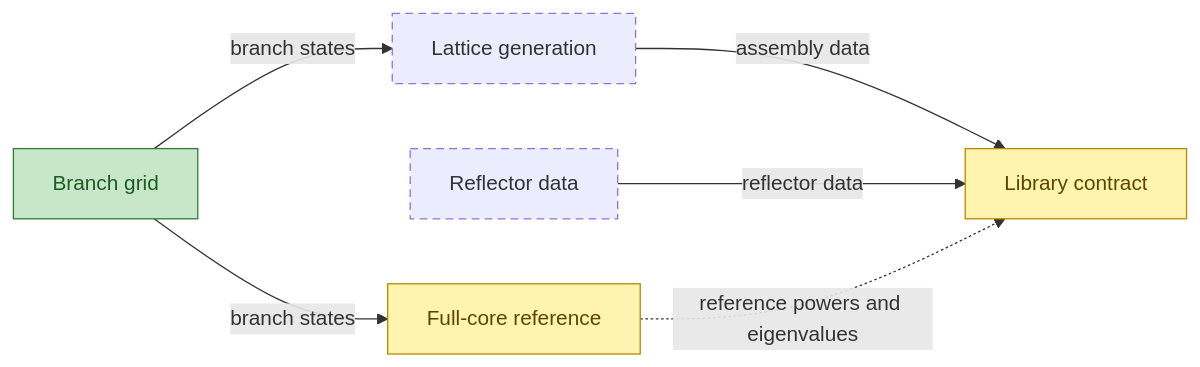
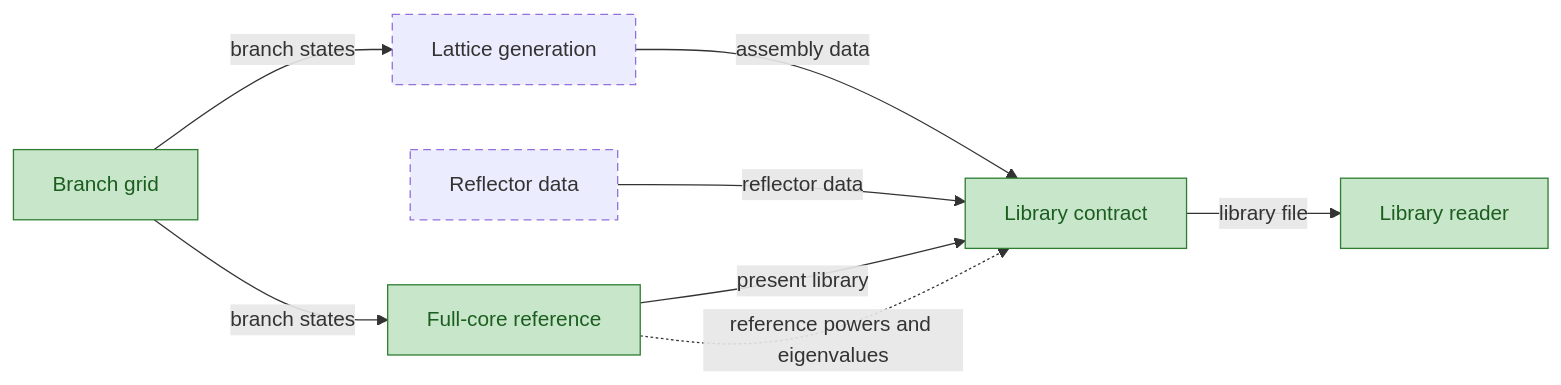
The fourth of 15 diagrams in Planning/DBC/CONCEPTS.md (aurja130/URUS), drawn with Mermaid before and after one commit. The commit also changed other lines of this file and 24 other files, not shown here.

First line of the commit message:
Close 1.2: library reader, present library and DBC

````diff
--- a/Planning/DBC/CONCEPTS.md
+++ b/Planning/DBC/CONCEPTS.md
@@ -103,15 +102,16 @@
 ```mermaid
 flowchart LR
 classDef implemented fill:#c8e6c9,stroke:#2e7d32,color:#1b5e20
 classDef partial fill:#fff3b0,stroke:#b58900,color:#5c4400
 classDef planned stroke-dasharray:6 4
 classDef external fill:#eeeeee,stroke:#9e9e9e,stroke-dasharray:1 3,color:#616161
 BranchGrid["Branch grid"] -->|branch states| LatticeGeneration["Lattice generation"]
 BranchGrid -->|branch states| FullCoreReference["Full-core reference"]
 LatticeGeneration -->|assembly data| LibraryContract["Library contract"]
 ReflectorData["Reflector data"] -->|reflector data| LibraryContract
+FullCoreReference -->|present library| LibraryContract
 FullCoreReference -.->|reference powers and eigenvalues| LibraryContract
-class BranchGrid implemented
-class FullCoreReference,LibraryContract partial
+LibraryContract -->|library file| LibraryReader["Library reader"]
+class BranchGrid,FullCoreReference,LibraryContract,LibraryReader implemented
 class LatticeGeneration,ReflectorData planned
 ```
````
